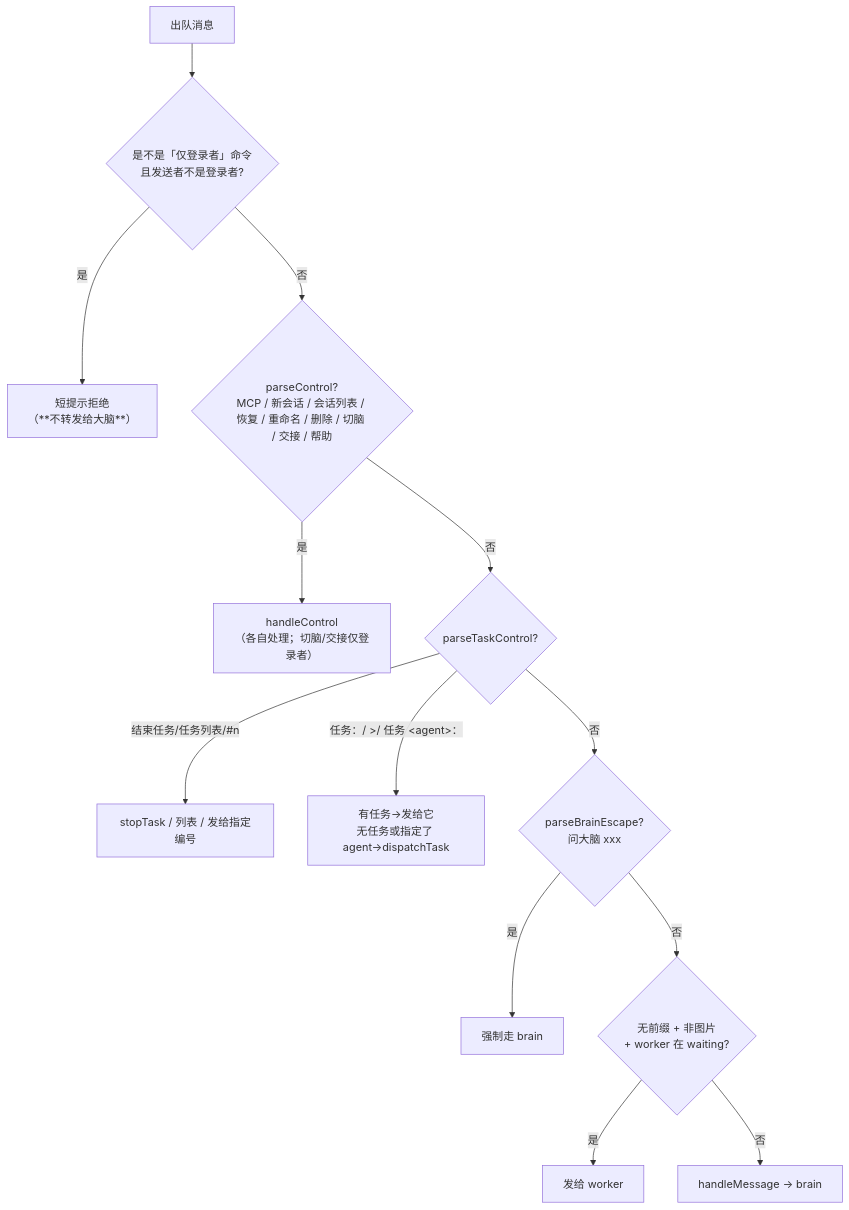
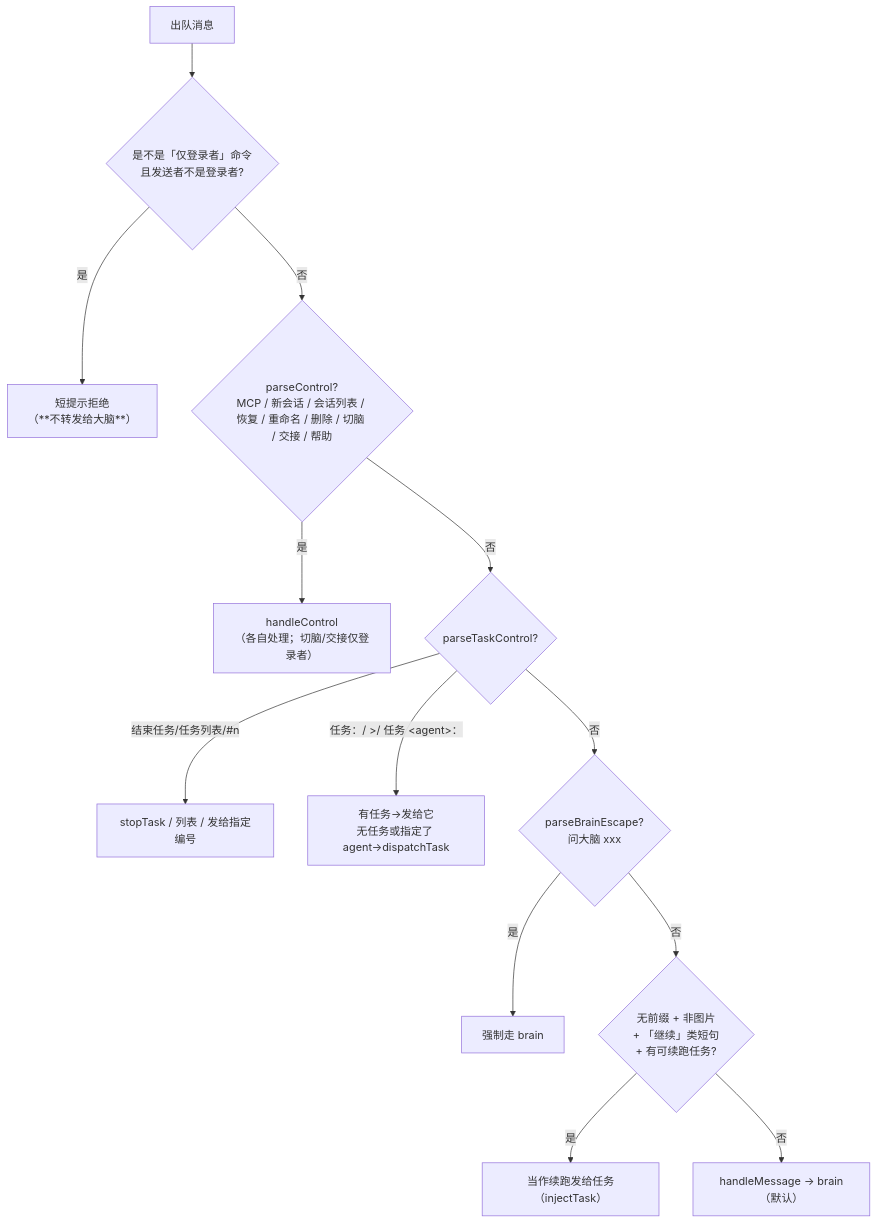
The second of 4 diagrams in docs/repowiki/05-daemon.md (imwangpan/WeMind), drawn with Mermaid before and after one commit. The commit also changed other lines of this file and 16 other files, not shown here.

````diff
--- a/docs/repowiki/05-daemon.md
+++ b/docs/repowiki/05-daemon.md
@@ -93,15 +93,15 @@
 ```mermaid
 graph TD
     M["出队消息"] --> C0{"是不是「仅登录者」命令<br/>且发送者不是登录者?"}
     C0 -->|是| H0["短提示拒绝<br/>（**不转发给大脑**）"]
     C0 -->|否| C1{"parseControl?<br/>MCP / 新会话 / 会话列表 / 恢复 / 重命名 / 删除 / 切脑 / 交接 / 帮助"}
     C1 -->|是| H1["handleControl<br/>（各自处理；切脑/交接仅登录者）"]
     C1 -->|否| C2{"parseTaskControl?"}
     C2 -->|结束任务/任务列表/#n| H2["stopTask / 列表 / 发给指定编号"]
     C2 -->|任务：/ &gt;/ 任务 &lt;agent&gt;：| H3["有任务→发给它<br/>无任务或指定了 agent→dispatchTask"]
     C2 -->|否| C3{"parseBrainEscape?<br/>问大脑 xxx"}
     C3 -->|是| H4["强制走 brain"]
-    C3 -->|否| C4{"无前缀 + 非图片<br/>+ worker 在 waiting?"}
-    C4 -->|是| H5["发给 worker"]
-    C4 -->|否| H6["handleMessage → brain"]
+    C3 -->|否| C4{"无前缀 + 非图片<br/>+ 「继续」类短句<br/>+ 有可续跑任务?"}
+    C4 -->|是| H5["当作续跑发给任务（injectTask）"]
+    C4 -->|否| H6["handleMessage → brain（默认）"]
 ```
````
